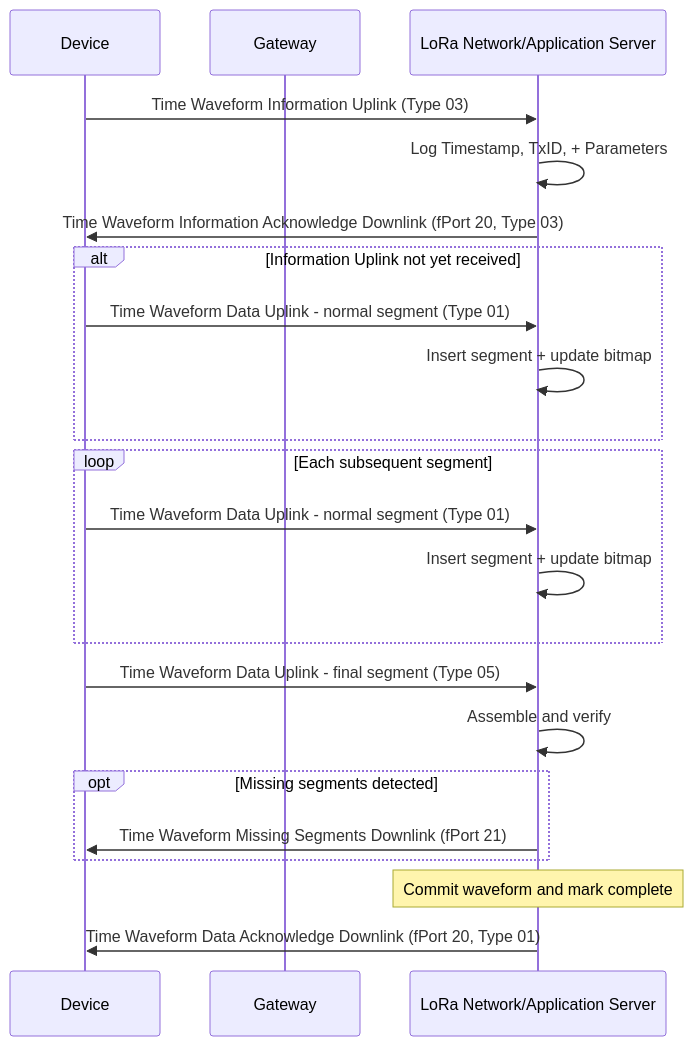
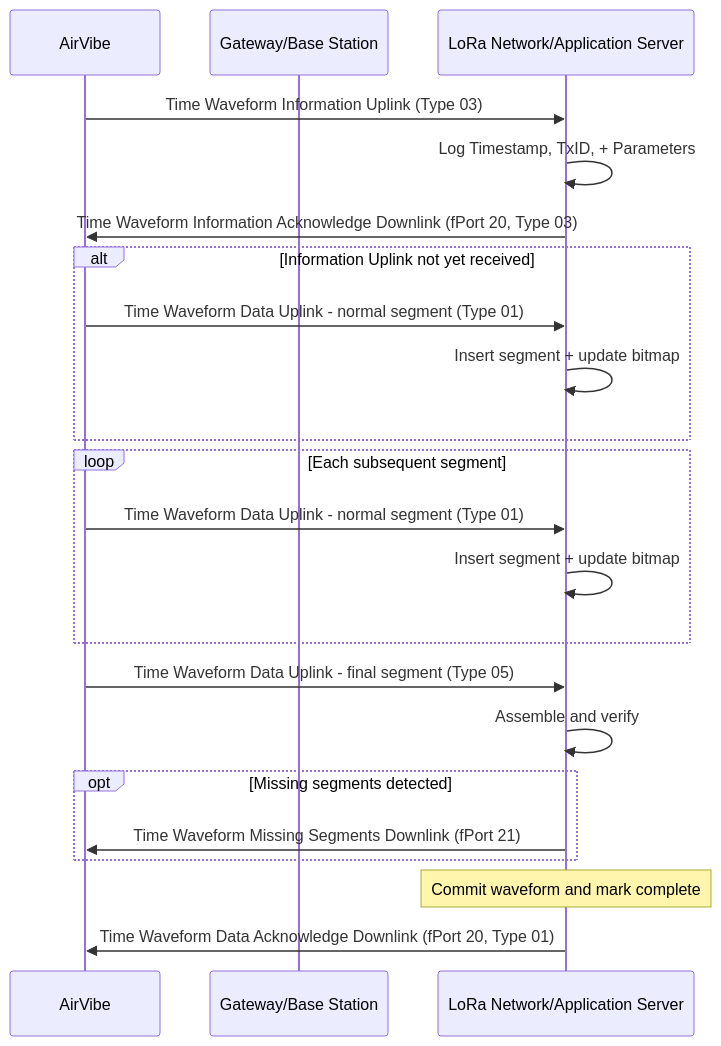
One commit to Machine-Saver-Inc/AirVibe_LoRaWAN_Wiki changed the diagram in public/assets/time-waveform-transfer.mmd. Above: the diagram before and after it, drawn with Mermaid. The commit also changed 2 other files, not shown here.

Commit message:
Standardize participant labels across Mermaid diagrams

```diff
--- a/public/assets/time-waveform-transfer.mmd
+++ b/public/assets/time-waveform-transfer.mmd
@@ -1,31 +1,31 @@
 sequenceDiagram
-  participant Dev as Device
-  participant Act as Gateway
+  participant Dev as AirVibe
+  participant Act as Gateway/Base Station
   participant MQ as LoRa Network/Application Server
 
 
   %% --- Start of waveform ---
   Dev->>MQ: Time Waveform Information Uplink (Type 03)
   MQ->>MQ: Log Timestamp, TxID, + Parameters
   MQ->>Dev: Time Waveform Information Acknowledge Downlink (fPort 20, Type 03)
 
   %% --- Segments may arrive before Information Uplink ---
   alt Information Uplink not yet received
     Dev->>MQ: Time Waveform Data Uplink - normal segment (Type 01)
     MQ->>MQ: Insert segment + update bitmap
   end
 
   %% --- Main transfer loop ---
   loop Each subsequent segment
     Dev->>MQ: Time Waveform Data Uplink - normal segment (Type 01)
     MQ->>MQ: Insert segment + update bitmap
   end
 
   %% --- Finalization ---
   Dev->>MQ: Time Waveform Data Uplink - final segment (Type 05)
   MQ->>MQ: Assemble and verify
     opt Missing segments detected
     MQ->>Dev: Time Waveform Missing Segments Downlink (fPort 21)
   end
   Note over MQ: Commit waveform and mark complete
   MQ->>Dev: Time Waveform Data Acknowledge Downlink (fPort 20, Type 01)
```
